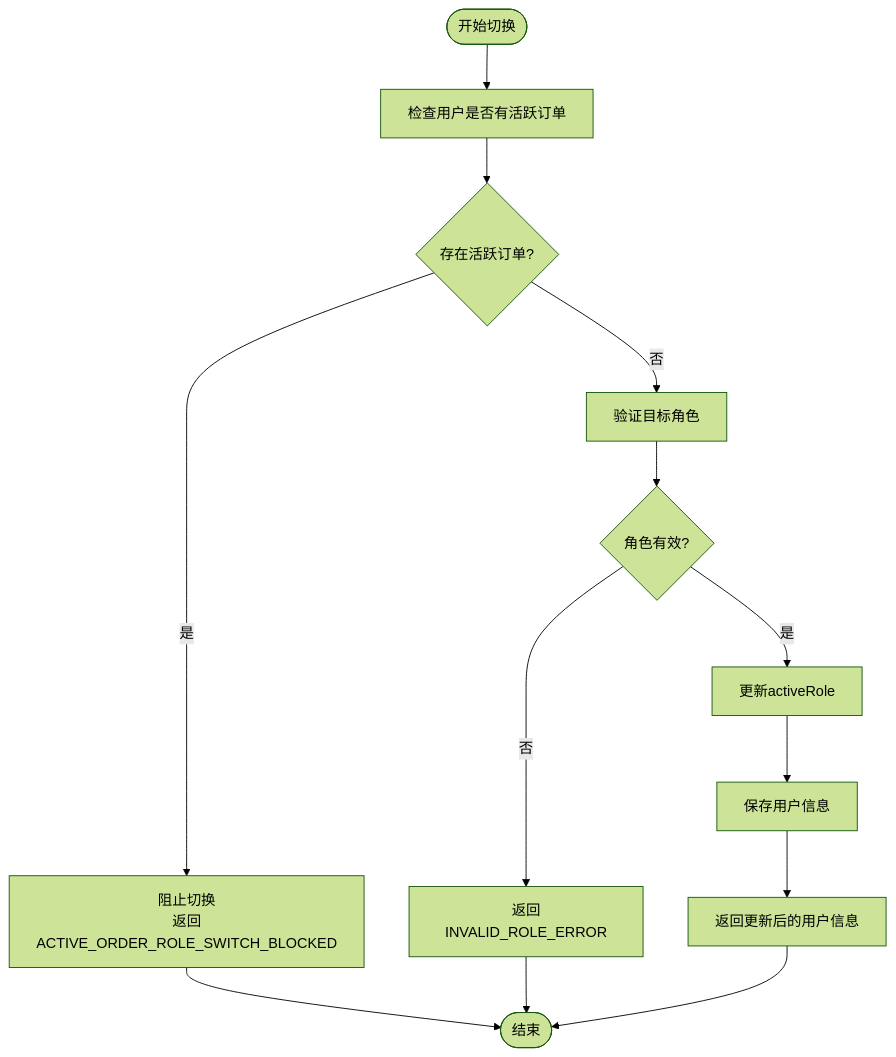
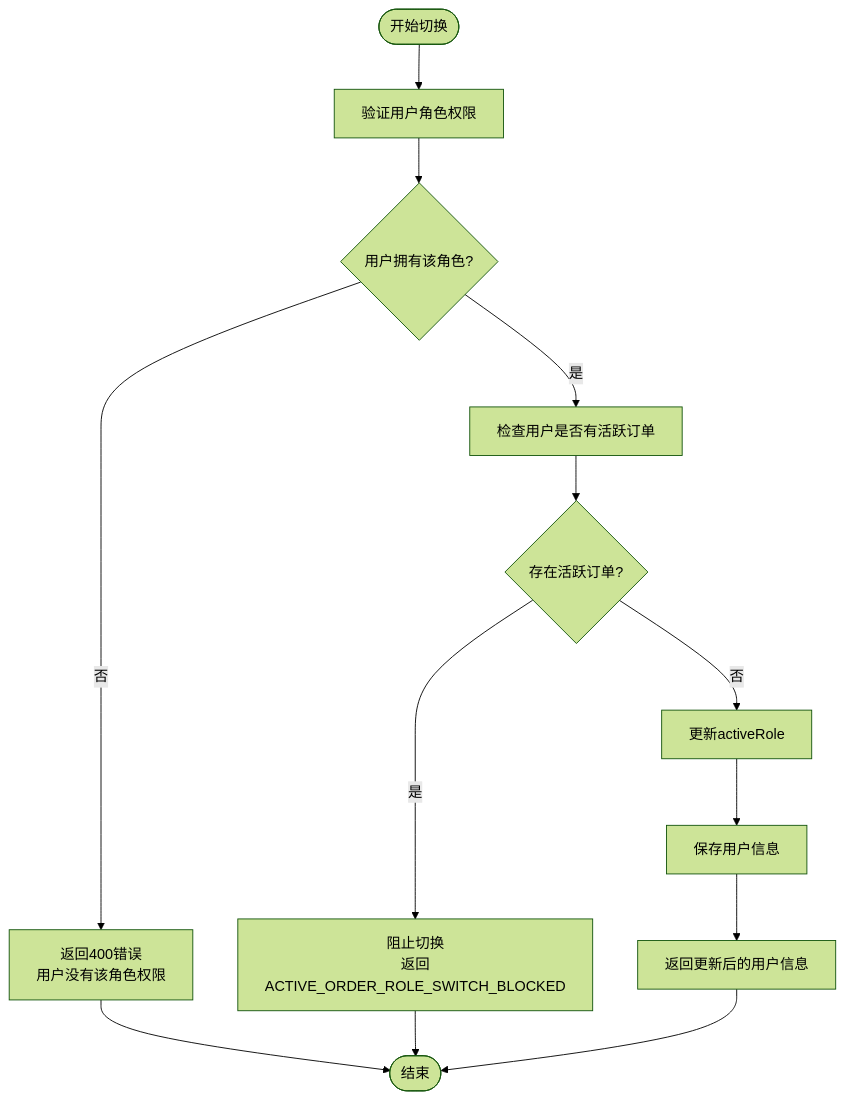
Before and after one commit to Jayden23018/blind-run-ios: the fifth of 7 diagrams in .qoder/repowiki/zh/content/API 接口文档/用户资料接口.md, drawn with Mermaid (forest theme). The commit also changed other lines of this file and 22 other files, not shown here.

````diff
--- a/.qoder/repowiki/zh/content/API 接口文档/用户资料接口.md
+++ b/.qoder/repowiki/zh/content/API 接口文档/用户资料接口.md
@@ -256,15 +299,15 @@
 ```mermaid
 flowchart TD
-Start([开始切换]) --> CheckOrder["检查用户是否有活跃订单"]
+Start([开始切换]) --> CheckRole["验证用户角色权限"]
+CheckRole --> HasRole{"用户拥有该角色?"}
+HasRole --> |否| BlockSwitch["返回400错误<br/>用户没有该角色权限"]
+HasRole --> |是| CheckOrder["检查用户是否有活跃订单"]
 CheckOrder --> HasActive{"存在活跃订单?"}
-HasActive --> |是| BlockSwitch["阻止切换<br/>返回ACTIVE_ORDER_ROLE_SWITCH_BLOCKED"]
-HasActive --> |否| ValidateRole["验证目标角色"]
-ValidateRole --> ValidRole{"角色有效?"}
-ValidRole --> |否| InvalidRole["返回INVALID_ROLE_ERROR"]
-ValidRole --> |是| UpdateRole["更新activeRole"]
+HasActive --> |是| BlockSwitch2["阻止切换<br/>返回ACTIVE_ORDER_ROLE_SWITCH_BLOCKED"]
+HasActive --> |否| UpdateRole["更新activeRole"]
 UpdateRole --> SaveUser["保存用户信息"]
 SaveUser --> ReturnSuccess["返回更新后的用户信息"]
 BlockSwitch --> End([结束])
-InvalidRole --> End
+BlockSwitch2 --> End
 ReturnSuccess --> End
 ```
````
